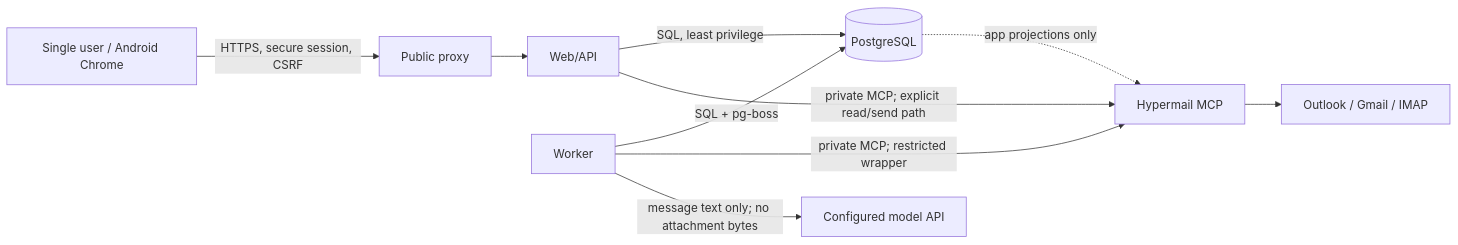
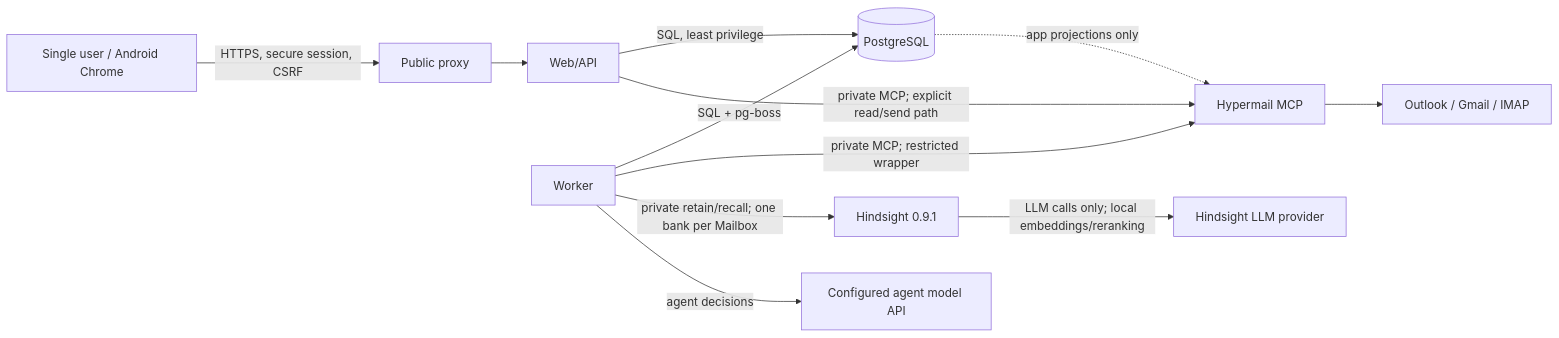
One commit to hypersimple-ch/hypermail changed the first of 4 diagrams in docs/architecture.md. Above: the diagram before and after it, drawn with Mermaid. The commit also changed other lines of this file and 77 other files, not shown here.

First line of the commit message:
feat(agent): add per-mailbox Hindsight memory (#46)

````diff
--- a/docs/architecture.md
+++ b/docs/architecture.md
@@ -21,12 +22,14 @@
 ```mermaid
 flowchart LR
   U[Single user / Android Chrome] -->|HTTPS, secure session, CSRF| P[Public proxy]
   P --> W[Web/API]
   W -->|SQL, least privilege| DB[(PostgreSQL)]
   W -->|private MCP; explicit read/send path| H[Hypermail MCP]
   K[Worker] -->|SQL + pg-boss| DB
   K -->|private MCP; restricted wrapper| H
-  K -->|message text only; no attachment bytes| M[Configured model API]
+  K -->|private retain/recall; one bank per Mailbox| HS[Hindsight 0.9.1]
+  HS -->|LLM calls only; local embeddings/reranking| M[Hindsight LLM provider]
+  K -->|agent decisions| AM[Configured agent model API]
   H --> O[Outlook / Gmail / IMAP]
   DB -. app projections only .-> H
 ```
````
